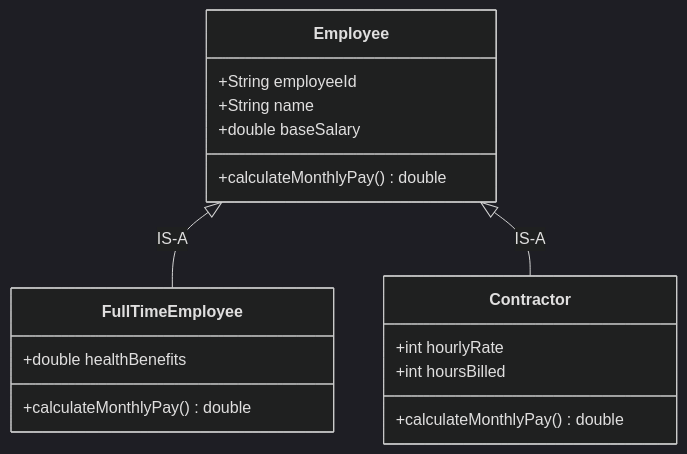
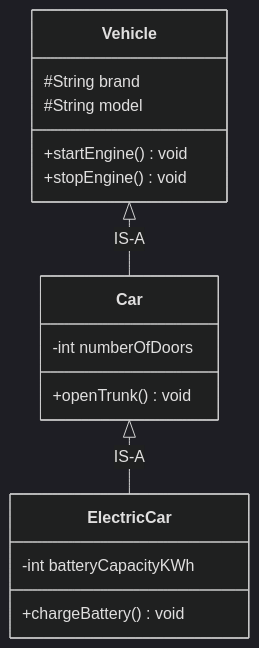
Before and after one commit to rohithgowda18/Notes: the first of 5 diagrams in 04-OOPs-and-Design-Patterns/01-Core-OOPs-and-UML/03-Inheritance-and-Polymorphism-in-OOPs.md, drawn with Mermaid (dark theme). The commit also changed other lines of this file and 17 other files, not shown here.

Commit message:
docs(lld): enrich notes with deep architectural analysis, diagrams, anti-patterns & code

````diff
--- a/04-OOPs-and-Design-Patterns/01-Core-OOPs-and-UML/03-Inheritance-and-Polymorphism-in-OOPs.md
+++ b/04-OOPs-and-Design-Patterns/01-Core-OOPs-and-UML/03-Inheritance-and-Polymorphism-in-OOPs.md
@@ -12,20 +14,19 @@
 ```mermaid
 classDiagram
-    class Employee {
-        +String employeeId
-        +String name
-        +double baseSalary
-        +calculateMonthlyPay() double
+    class Vehicle {
+        #String brand
+        #String model
+        +startEngine() void
+        +stopEngine() void
     }
-    class FullTimeEmployee {
-        +double healthBenefits
-        +calculateMonthlyPay() double
+    class Car {
+        -int numberOfDoors
+        +openTrunk() void
     }
-    class Contractor {
-        +int hourlyRate
-        +int hoursBilled
-        +calculateMonthlyPay() double
+    class ElectricCar {
+        -int batteryCapacityKWh
+        +chargeBattery() void
     }
-    Employee <|-- FullTimeEmployee : IS-A
-    Employee <|-- Contractor : IS-A
+    Vehicle <|-- Car : IS-A
+    Car <|-- ElectricCar : IS-A
 ```
````
